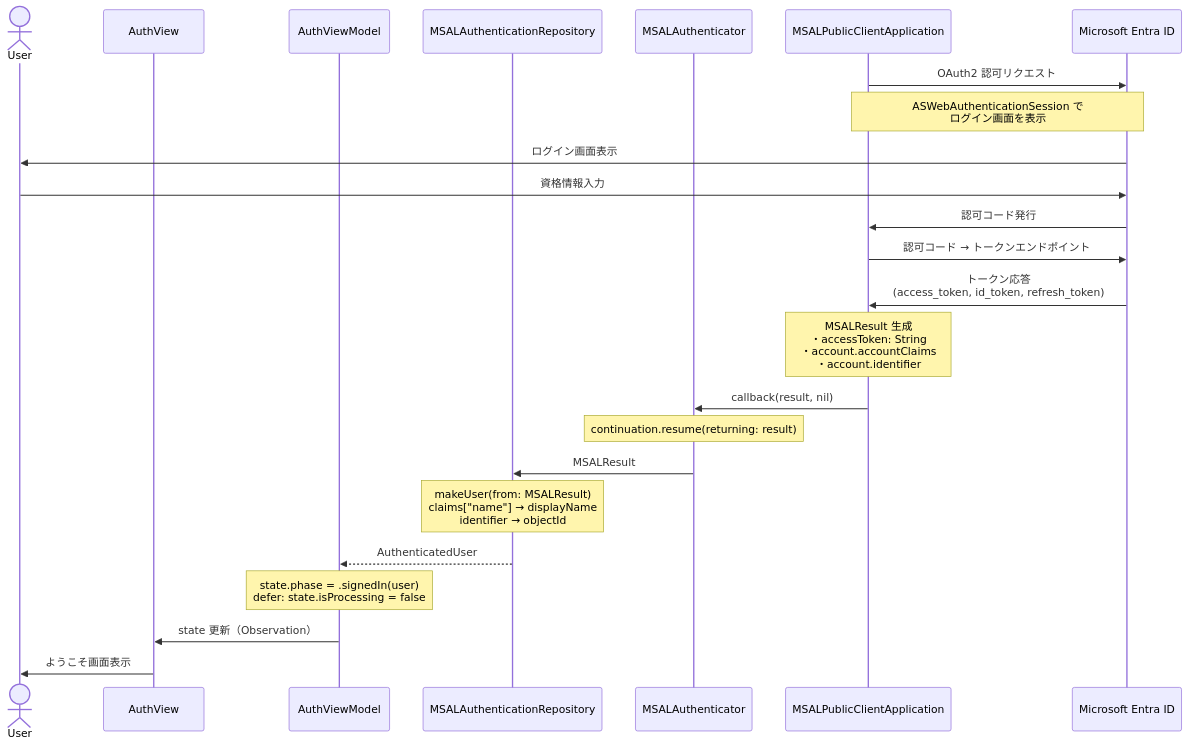
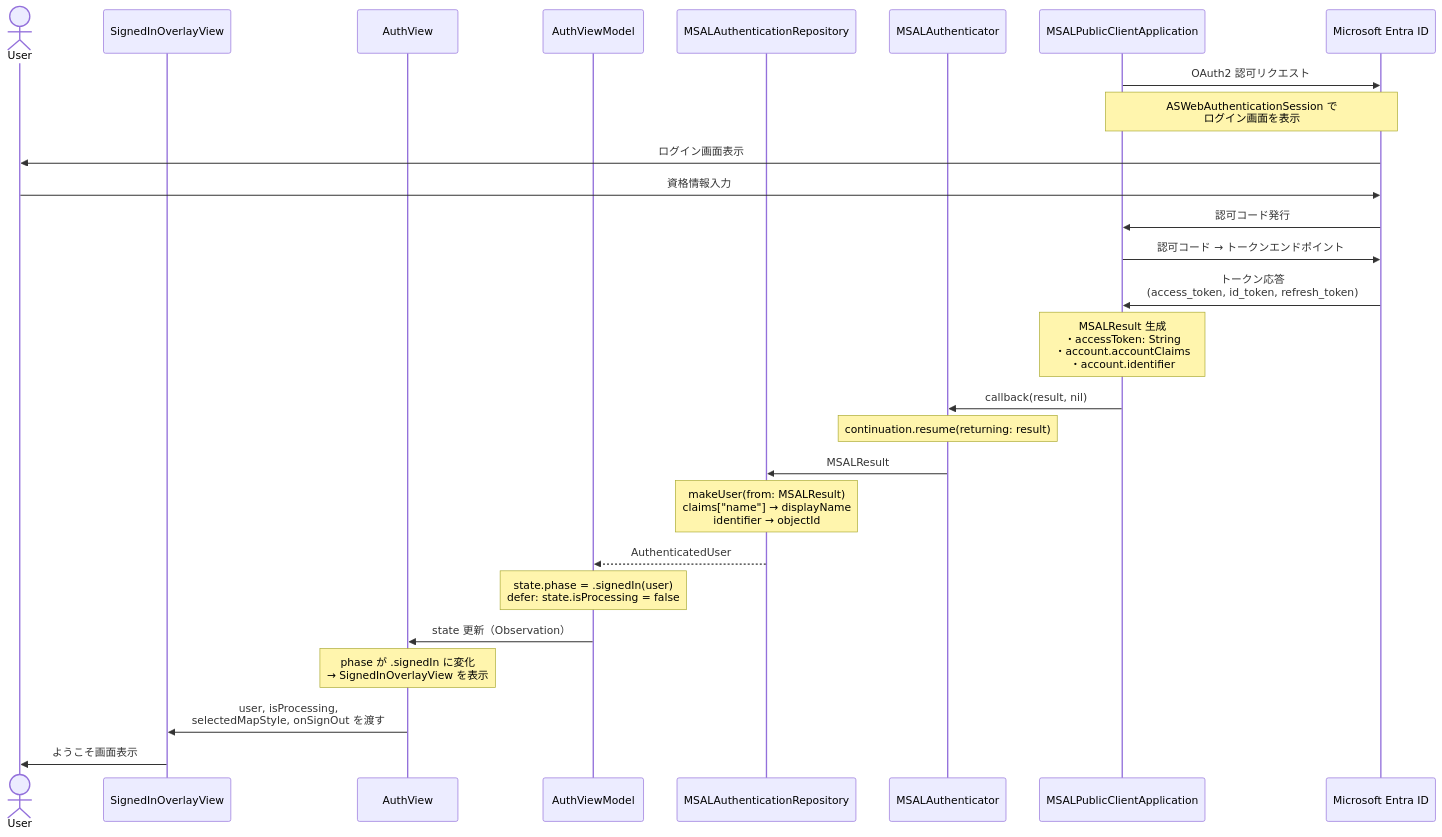
One commit to nakasho-dev/HowToEntraIos changed the second of 3 diagrams in Docs/sign-in-sequence.md. Above: the diagram before and after it, drawn with Mermaid. The commit also changed other lines of this file, not shown here.

Commit message:
Update sign-in sequence documentation to reflect changes in SignedOutView and SignedInOverlayView

````diff
--- a/Docs/sign-in-sequence.md
+++ b/Docs/sign-in-sequence.md
@@ -44,30 +46,33 @@
 ```mermaid
 sequenceDiagram
     actor User
+    participant SignedIn as SignedInOverlayView
     participant View as AuthView
     participant VM as AuthViewModel
     participant Repo as MSALAuthenticationRepository
     participant Auth as MSALAuthenticator
     participant MSAL as MSALPublicClientApplication
     participant Entra as Microsoft Entra ID
 
     MSAL->>Entra: OAuth2 認可リクエスト
     Note over MSAL,Entra: ASWebAuthenticationSession で<br/>ログイン画面を表示
     Entra->>User: ログイン画面表示
     User->>Entra: 資格情報入力
     Entra->>MSAL: 認可コード発行
     MSAL->>Entra: 認可コード → トークンエンドポイント
     Entra->>MSAL: トークン応答<br/>(access_token, id_token, refresh_token)
 
     Note over MSAL: MSALResult 生成<br/>・accessToken: String<br/>・account.accountClaims<br/>・account.identifier
     MSAL->>Auth: callback(result, nil)
     Note over Auth: continuation.resume(returning: result)
 
     Auth->>Repo: MSALResult
     Note over Repo: makeUser(from: MSALResult)<br/>claims["name"] → displayName<br/>identifier → objectId
     Repo-->>VM: AuthenticatedUser
 
     Note over VM: state.phase = .signedIn(user)<br/>defer: state.isProcessing = false
     VM->>View: state 更新（Observation）
-    View->>User: ようこそ画面表示
+    Note over View: phase が .signedIn に変化<br/>→ SignedInOverlayView を表示
+    View->>SignedIn: user, isProcessing,<br/>selectedMapStyle, onSignOut を渡す
+    SignedIn->>User: ようこそ画面表示
 ```
````
